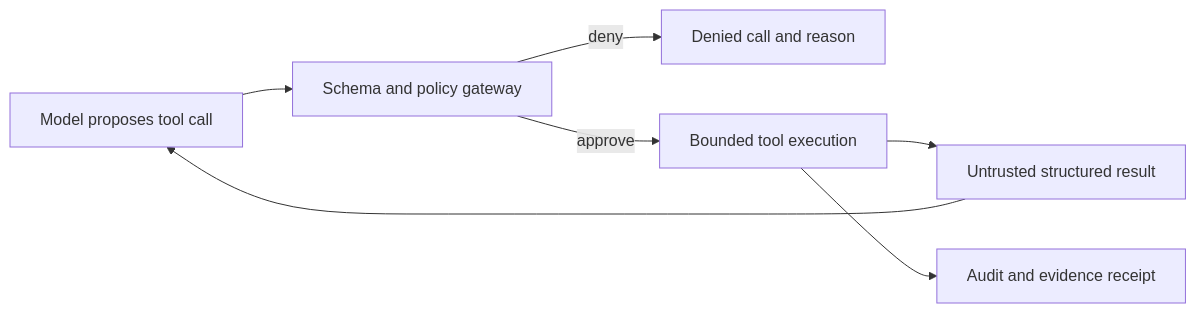
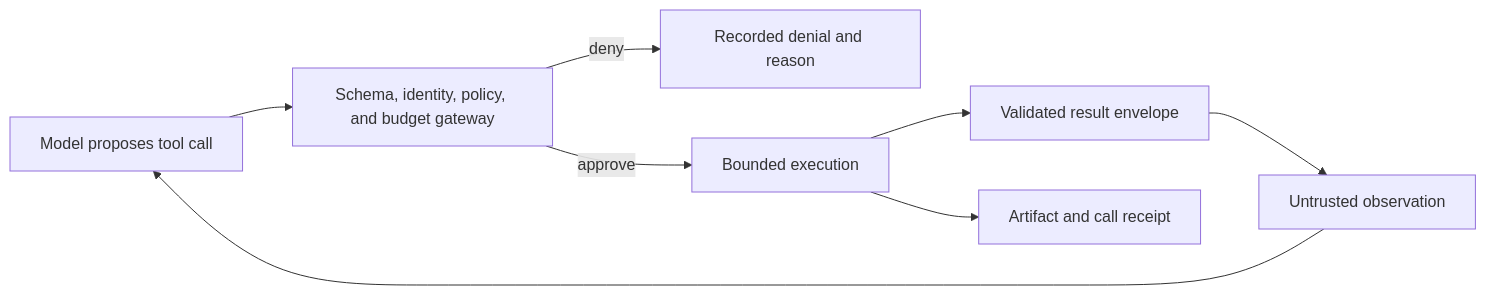
The second of 2 diagrams in guide/06-ai-engineering/01-agent-architecture-mcp-tools-context-and-memory.md (jaydubya818/ai-software-factory-mastery), drawn with Mermaid before and after one commit. The commit also changed other lines of this file and 60 other files, not shown here.

````diff
--- a/guide/06-ai-engineering/01-agent-architecture-mcp-tools-context-and-memory.md
+++ b/guide/06-ai-engineering/01-agent-architecture-mcp-tools-context-and-memory.md
@@ -45,9 +140,10 @@
 ```mermaid
 flowchart LR
-    Model["Model proposes tool call"] --> Validate["Schema and policy gateway"]
-    Validate -->|deny| Record["Denied call and reason"]
-    Validate -->|approve| Tool["Bounded tool execution"]
-    Tool --> Result["Untrusted structured result"]
-    Result --> Model
-    Tool --> Evidence["Audit and evidence receipt"]
+    Model["Model proposes tool call"] --> Validate["Schema, identity, policy, and budget gateway"]
+    Validate -->|deny| Denial["Recorded denial and reason"]
+    Validate -->|approve| Execute["Bounded execution"]
+    Execute --> Result["Validated result envelope"]
+    Result --> Observation["Untrusted observation"]
+    Observation --> Model
+    Execute --> Receipt["Artifact and call receipt"]
 ```
````
